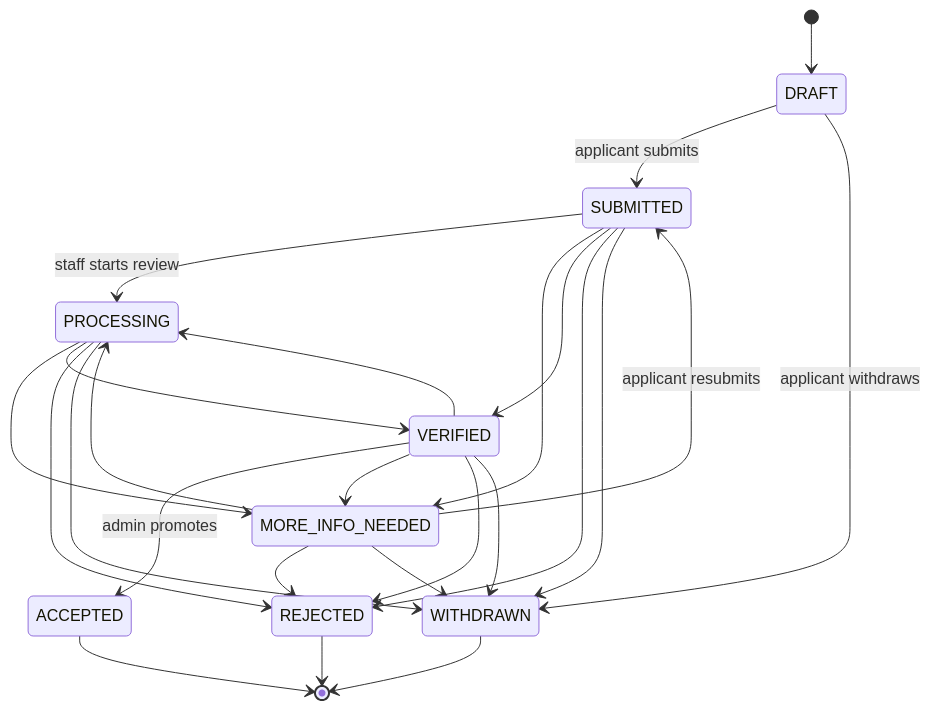
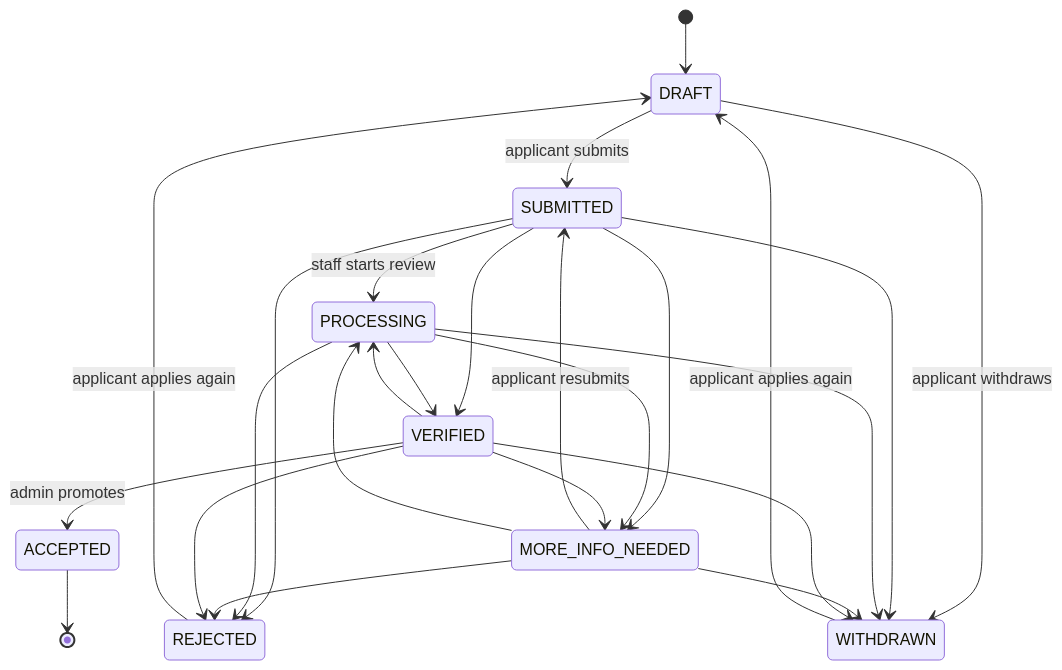
The second of 2 diagrams in docs/COLLECTOR_APPLICATIONS.md (peacemakerbill/garbigo_auth-service), drawn with Mermaid before and after one commit. The commit also changed other lines of this file and 14 other files, not shown here.

First line of the commit message:
Let rejected applicants apply again, email what to correct, and track every application step

````diff
--- a/docs/COLLECTOR_APPLICATIONS.md
+++ b/docs/COLLECTOR_APPLICATIONS.md
@@ -57,27 +57,27 @@
 ```mermaid
 stateDiagram-v2
     [*] --> DRAFT
     DRAFT --> SUBMITTED: applicant submits
     SUBMITTED --> PROCESSING: staff starts review
     SUBMITTED --> MORE_INFO_NEEDED
     SUBMITTED --> VERIFIED
     SUBMITTED --> REJECTED
     PROCESSING --> MORE_INFO_NEEDED
     PROCESSING --> VERIFIED
     PROCESSING --> REJECTED
     MORE_INFO_NEEDED --> SUBMITTED: applicant resubmits
     MORE_INFO_NEEDED --> PROCESSING
     MORE_INFO_NEEDED --> REJECTED
     VERIFIED --> ACCEPTED: admin promotes
     VERIFIED --> PROCESSING
     VERIFIED --> MORE_INFO_NEEDED
     VERIFIED --> REJECTED
     DRAFT --> WITHDRAWN: applicant withdraws
     SUBMITTED --> WITHDRAWN
     PROCESSING --> WITHDRAWN
     MORE_INFO_NEEDED --> WITHDRAWN
     VERIFIED --> WITHDRAWN
     ACCEPTED --> [*]
-    REJECTED --> [*]
-    WITHDRAWN --> [*]
+    REJECTED --> DRAFT: applicant applies again
+    WITHDRAWN --> DRAFT: applicant applies again
 ```
````
